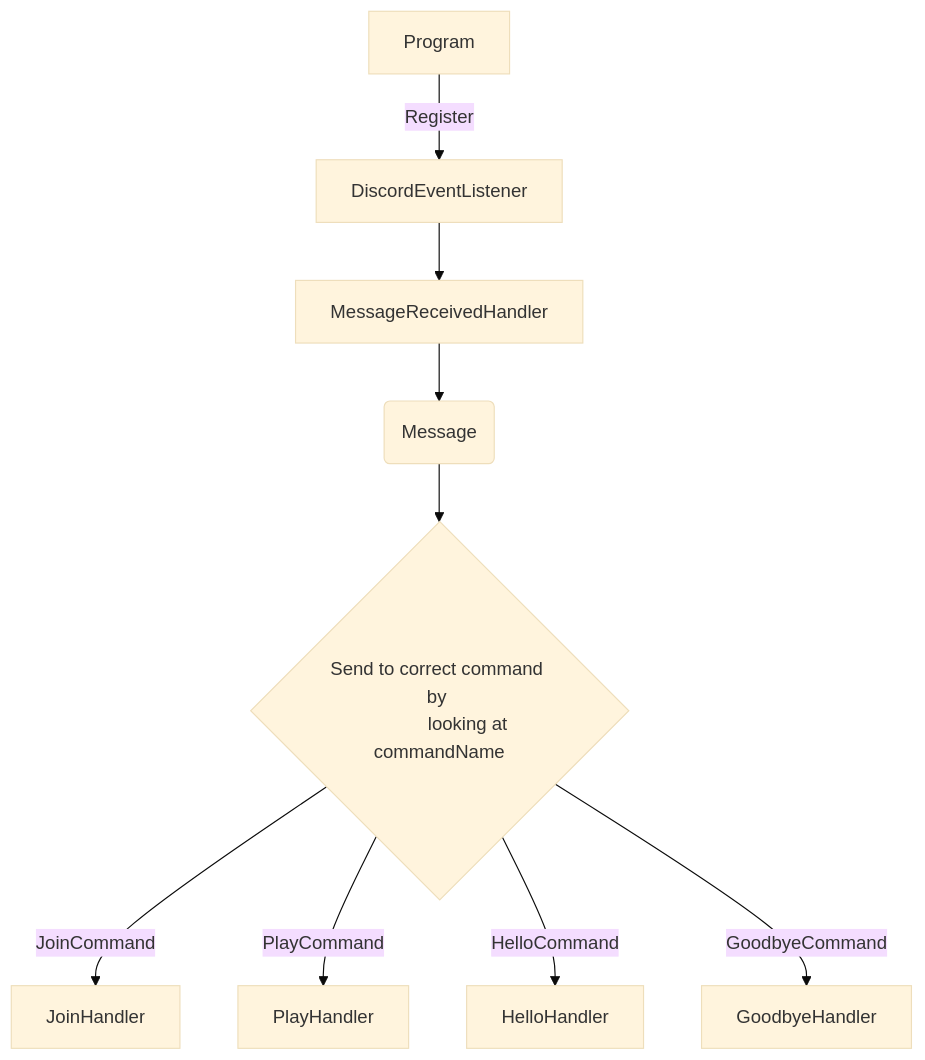
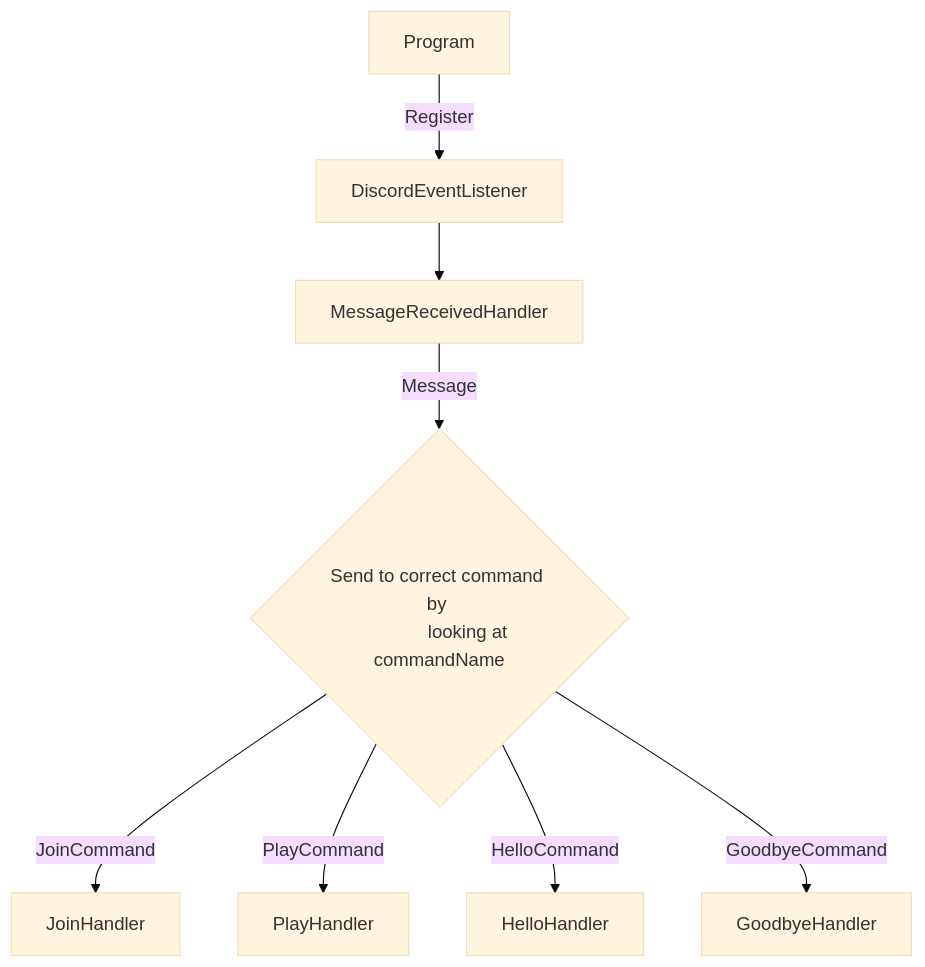
Before and after one commit to Myxelium/Lunaris2.0: the diagram in Bot/README.md, drawn with Mermaid (base theme).

````diff
--- a/Bot/README.md
+++ b/Bot/README.md
@@ -2,13 +2,13 @@
 ```mermaid
 flowchart TD
     Program[Program] -->|Register| EventListener
     EventListener[DiscordEventListener] --> A
-    A[MessageReceivedHandler] --> B(Message)
-    B --> C{Send to correct command by 
+
+    A[MessageReceivedHandler] -->|Message| C{Send to correct command by 
             looking at commandName}
 
     C -->|JoinCommand| D[JoinHandler]
     C -->|PlayCommand| E[PlayHandler]
     C -->|HelloCommand| F[HelloHandler]
     C -->|GoodbyeCommand| G[GoodbyeHandler]
 ```
````
